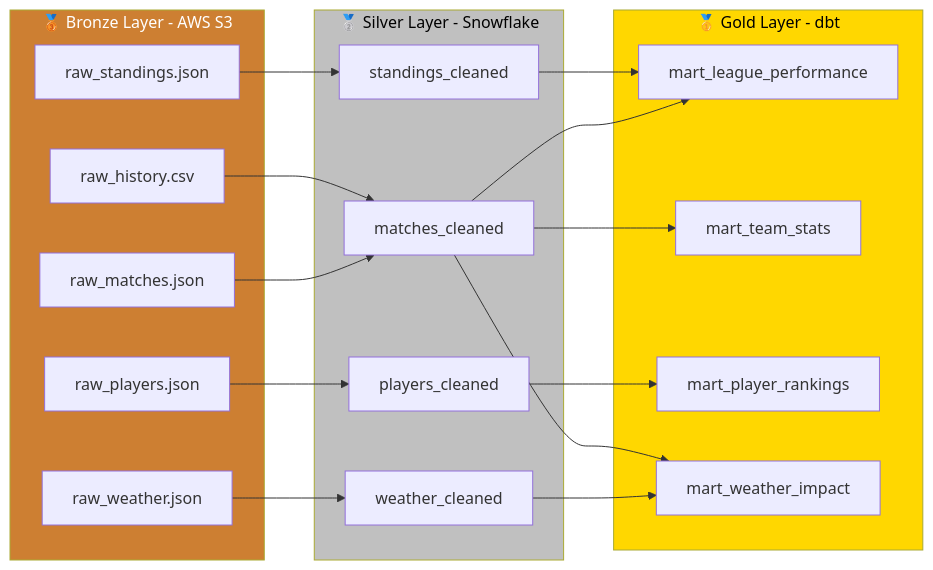
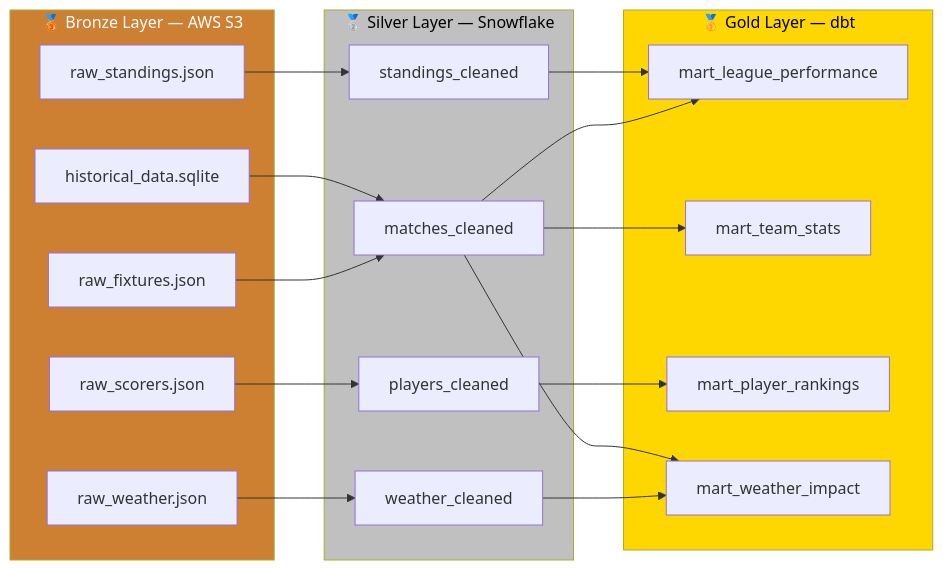
The second of 4 diagrams in README.md (Elie-dev25/European-Football), drawn with Mermaid before and after one commit. The commit also changed other lines of this file and 3 other files, not shown here.

````diff
--- a/README.md
+++ b/README.md
@@ -87,41 +143,41 @@
 ```mermaid
 flowchart LR
-    subgraph Bronze["🥉 Bronze Layer - AWS S3"]
-        B1[raw_matches.json]
-        B2[raw_standings.json]
-        B3[raw_players.json]
+    subgraph Bronze["🥉 Bronze Layer — AWS S3"]
+        B1[raw_standings.json]
+        B2[raw_fixtures.json]
+        B3[raw_scorers.json]
         B4[raw_weather.json]
-        B5[raw_history.csv]
+        B5[historical_data.sqlite]
     end
 
-    subgraph Silver["🥈 Silver Layer - Snowflake"]
+    subgraph Silver["🥈 Silver Layer — Snowflake"]
         S1[matches_cleaned]
         S2[standings_cleaned]
         S3[players_cleaned]
         S4[weather_cleaned]
     end
 
-    subgraph Gold["🥇 Gold Layer - dbt"]
+    subgraph Gold["🥇 Gold Layer — dbt"]
         G1[mart_league_performance]
         G2[mart_team_stats]
         G3[mart_player_rankings]
         G4[mart_weather_impact]
     end
 
-    B1 --> S1
-    B2 --> S2
+    B1 --> S2
+    B2 --> S1
     B3 --> S3
     B4 --> S4
     B5 --> S1
 
     S1 --> G1
     S1 --> G2
     S2 --> G1
     S3 --> G3
     S4 --> G4
     S1 --> G4
 
     style Bronze fill:#cd7f32,color:#fff
     style Silver fill:#c0c0c0,color:#000
     style Gold fill:#ffd700,color:#000
 ```
````
